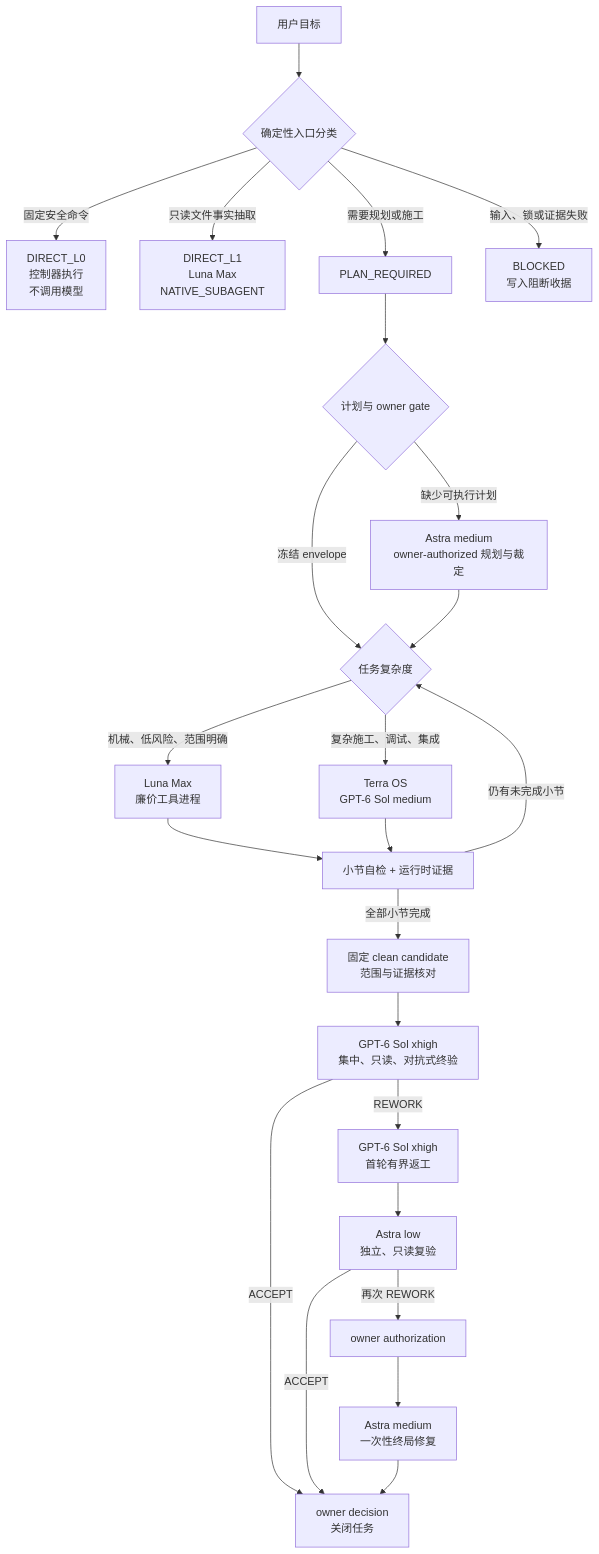
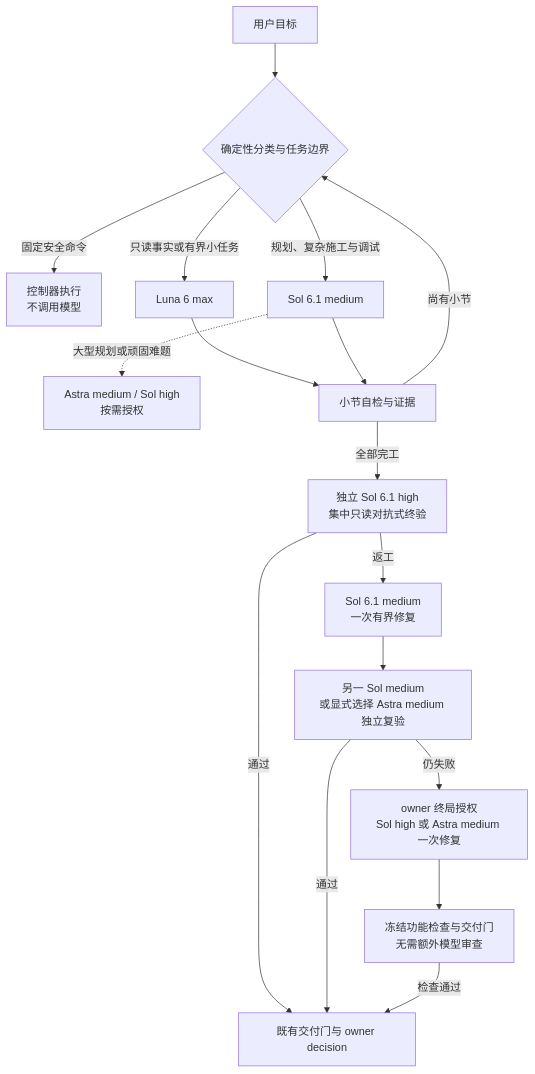
Before and after one commit to New2taste/codex-team: the first of 2 diagrams in README.md, drawn with Mermaid. The commit also changed other lines of this file and 55 other files, not shown here.

Commit message:
feat(workflow): rebalance Sol 6.1 and Astra roles

````diff
--- a/README.md
+++ b/README.md
@@ -44,27 +43,19 @@
 ```mermaid
 flowchart TD
-    A[用户目标] --> B{确定性入口分类}
-    B -->|固定安全命令| C[DIRECT_L0<br/>控制器执行<br/>不调用模型]
-    B -->|只读文件事实抽取| D[DIRECT_L1<br/>Luna Max<br/>NATIVE_SUBAGENT]
-    B -->|需要规划或施工| E[PLAN_REQUIRED]
-    B -->|输入、锁或证据失败| X[BLOCKED<br/>写入阻断收据]
-
-    E --> F{计划与 owner gate}
-    F -->|缺少可执行计划| G[Astra medium<br/>owner-authorized 规划与裁定]
-    F -->|冻结 envelope| H{任务复杂度}
-    G --> H
-    H -->|机械、低风险、范围明确| I[Luna Max<br/>廉价工具进程]
-    H -->|复杂施工、调试、集成| J[Terra OS<br/>GPT-6 Sol medium]
-    I --> K[小节自检 + 运行时证据]
-    J --> K
-    K -->|仍有未完成小节| H
-    K -->|全部小节完成| L[固定 clean candidate<br/>范围与证据核对]
-    L --> M[GPT-6 Sol xhigh<br/>集中、只读、对抗式终验]
-    M -->|ACCEPT| N[owner decision<br/>关闭任务]
-    M -->|REWORK| O[GPT-6 Sol xhigh<br/>首轮有界返工]
-    O --> P[Astra low<br/>独立、只读复验]
-    P -->|ACCEPT| N
-    P -->|再次 REWORK| Q[owner authorization]
-    Q --> R[Astra medium<br/>一次性终局修复]
-    R --> N
+    A[用户目标] --> B{确定性分类与任务边界}
+    B -->|固定安全命令| C[控制器执行<br/>不调用模型]
+    B -->|只读事实或有界小任务| D[Luna 6 max]
+    B -->|规划、复杂施工与调试| E[Sol 6.1 medium]
+    E -. 大型规划或顽固难题 .-> F[Astra medium / Sol high<br/>按需授权]
+    D --> G[小节自检与证据]
+    E --> G
+    G -->|尚有小节| B
+    G -->|全部完工| H[独立 Sol 6.1 high<br/>集中只读对抗式终验]
+    H -->|通过| I[既有交付门与 owner decision]
+    H -->|返工| J[Sol 6.1 medium<br/>一次有界修复]
+    J --> K[另一 Sol medium<br/>或显式选择 Astra medium 独立复验]
+    K -->|通过| I
+    K -->|仍失败| L[owner 终局授权<br/>Sol high 或 Astra medium 一次修复]
+    L --> M[冻结功能检查与交付门<br/>无需额外模型审查]
+    M -->|检查通过| I
 ```
````
